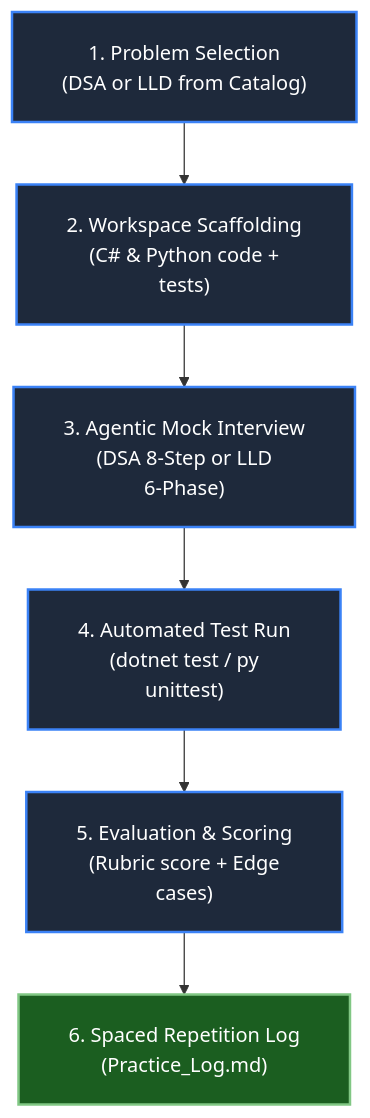
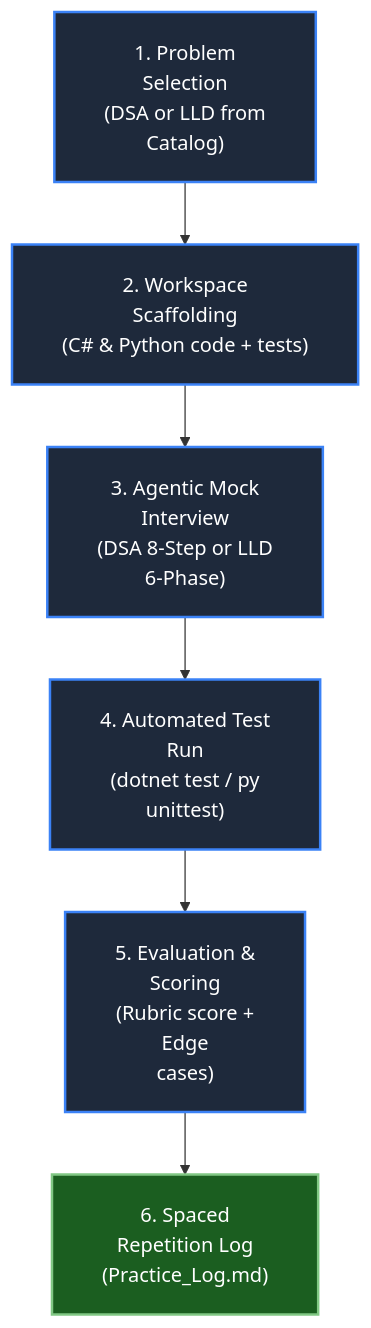
One commit to dip4k/DSA_102 changed the diagram in .agents/skills/agentic-practice-orchestrator/SKILL.md. Above: the diagram before and after it, drawn with Mermaid. The commit also changed 106 other files, not shown here.

First line of the commit message:
fix(mermaid): prevent text clipping with foreignObject overflow and tighter line wrapping

````diff
--- a/.agents/skills/agentic-practice-orchestrator/SKILL.md
+++ b/.agents/skills/agentic-practice-orchestrator/SKILL.md
@@ -11,15 +11,15 @@
 ```mermaid
-%%{init: {"flowchart": {"htmlLabels": true, "padding": 20}}}%%
+%%{init: {"flowchart": {"htmlLabels": true, "padding": 20}, "themeCSS": "foreignObject { overflow: visible !important; }"}}%%
 flowchart TD
-    Select["1. Problem Selection<br/>(DSA or LLD from Catalog)"]:::step
-    Scaffold["2. Workspace Scaffolding<br/>(C# & Python code +<br/>tests)"]:::step
-    Interview["3. Agentic Mock Interview<br/>(DSA 8-Step or LLD<br/>6-Phase)"]:::step
-    Verify["4. Automated Test Run<br/>(dotnet test / py<br/>unittest)"]:::step
-    Evaluate["5. Evaluation & Scoring<br/>(Rubric score + Edge<br/>cases)"]:::step
-    Log["6. Spaced Repetition Log<br/>(Practice_Log.md)"]:::complete
+    Select["1. Problem<br/>Selection<br/>(DSA or LLD from<br/>Catalog)"]:::step
+    Scaffold["2. Workspace<br/>Scaffolding<br/>(C# & Python code + tests)"]:::step
+    Interview["3. Agentic Mock<br/>Interview<br/>(DSA 8-Step or LLD<br/>6-Phase)"]:::step
+    Verify["4. Automated Test<br/>Run<br/>(dotnet test / py<br/>unittest)"]:::step
+    Evaluate["5. Evaluation &<br/>Scoring<br/>(Rubric score +<br/>Edge<br/>cases)"]:::step
+    Log["6. Spaced<br/>Repetition Log<br/>(Practice_Log.md)"]:::complete
 
     Select --> Scaffold --> Interview --> Verify --> Evaluate --> Log
 
     classDef step fill:#1e293b,stroke:#3b82f6,stroke-width:2px,color:#ffffff
     classDef complete fill:#1b5e20,stroke:#81c784,stroke-width:2px,color:#ffffff
 ```
````
